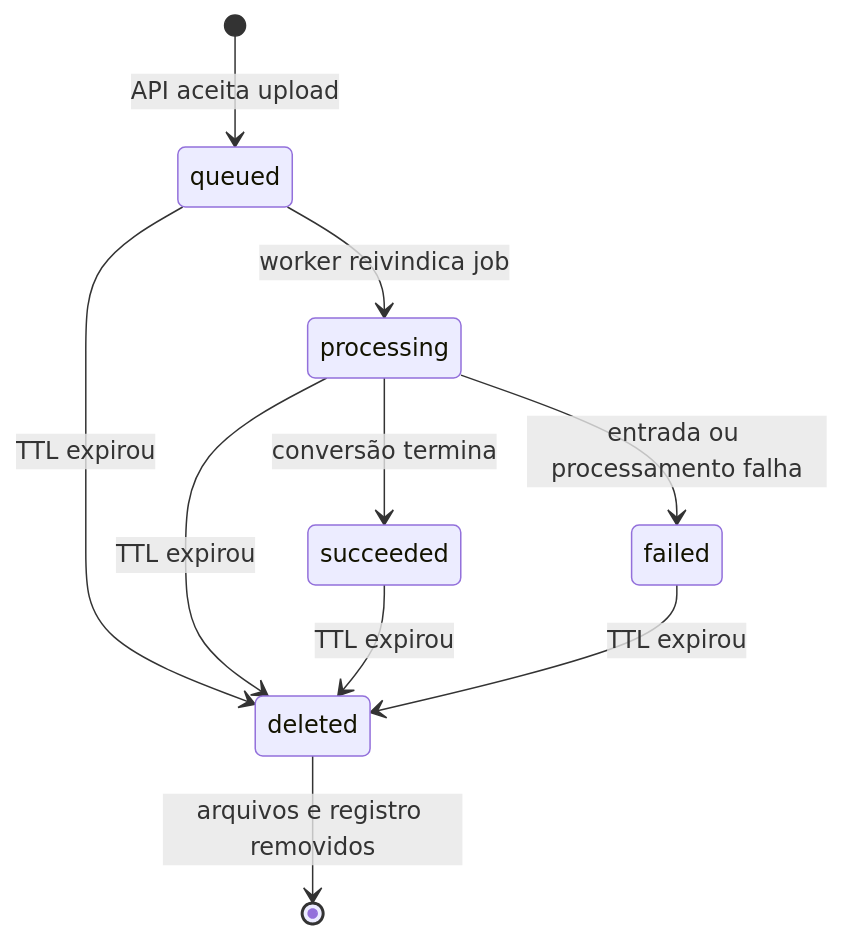
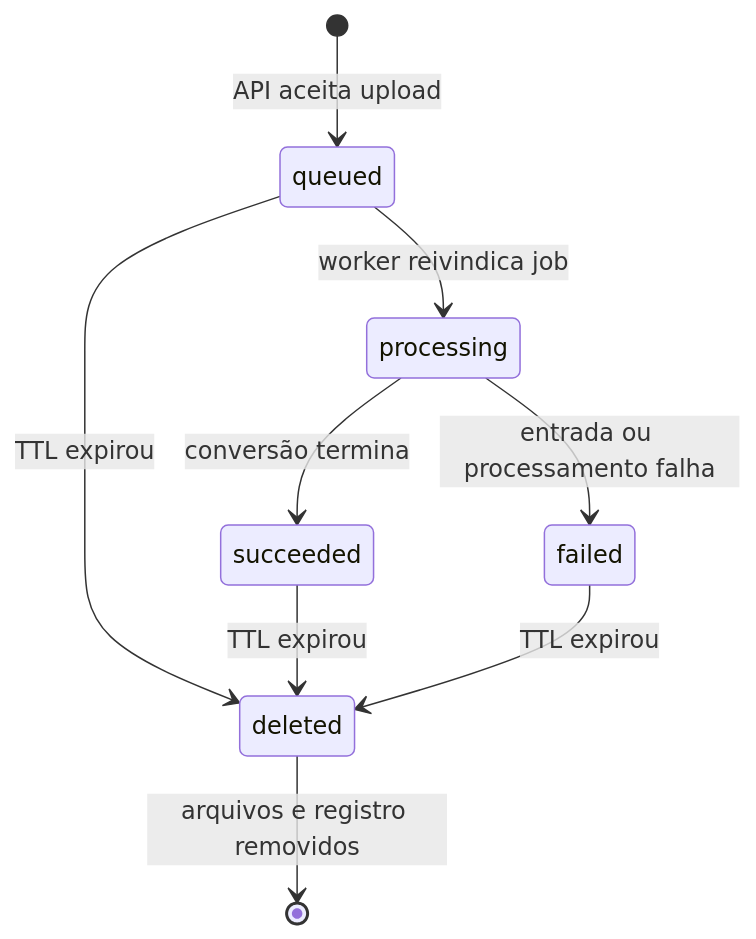
One commit to paladini/i-love-open-converter changed the third of 3 diagrams in .specs/features/initial-project/plan.md. Above: the diagram before and after it, drawn with Mermaid. The commit also changed other lines of this file and 11 other files, not shown here.

````diff
--- a/.specs/features/initial-project/plan.md
+++ b/.specs/features/initial-project/plan.md
@@ -62,12 +62,11 @@
 ```mermaid
 stateDiagram-v2
     [*] --> queued : API aceita upload
     queued --> processing : worker reivindica job
     processing --> succeeded : conversão termina
     processing --> failed : entrada ou processamento falha
     queued --> deleted : TTL expirou
-    processing --> deleted : TTL expirou
     succeeded --> deleted : TTL expirou
     failed --> deleted : TTL expirou
     deleted --> [*] : arquivos e registro removidos
 ```
````
